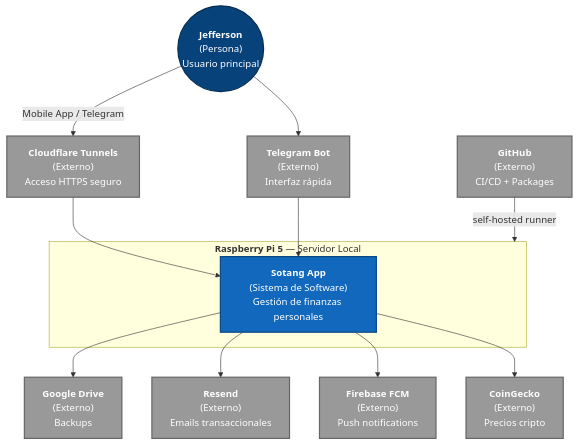
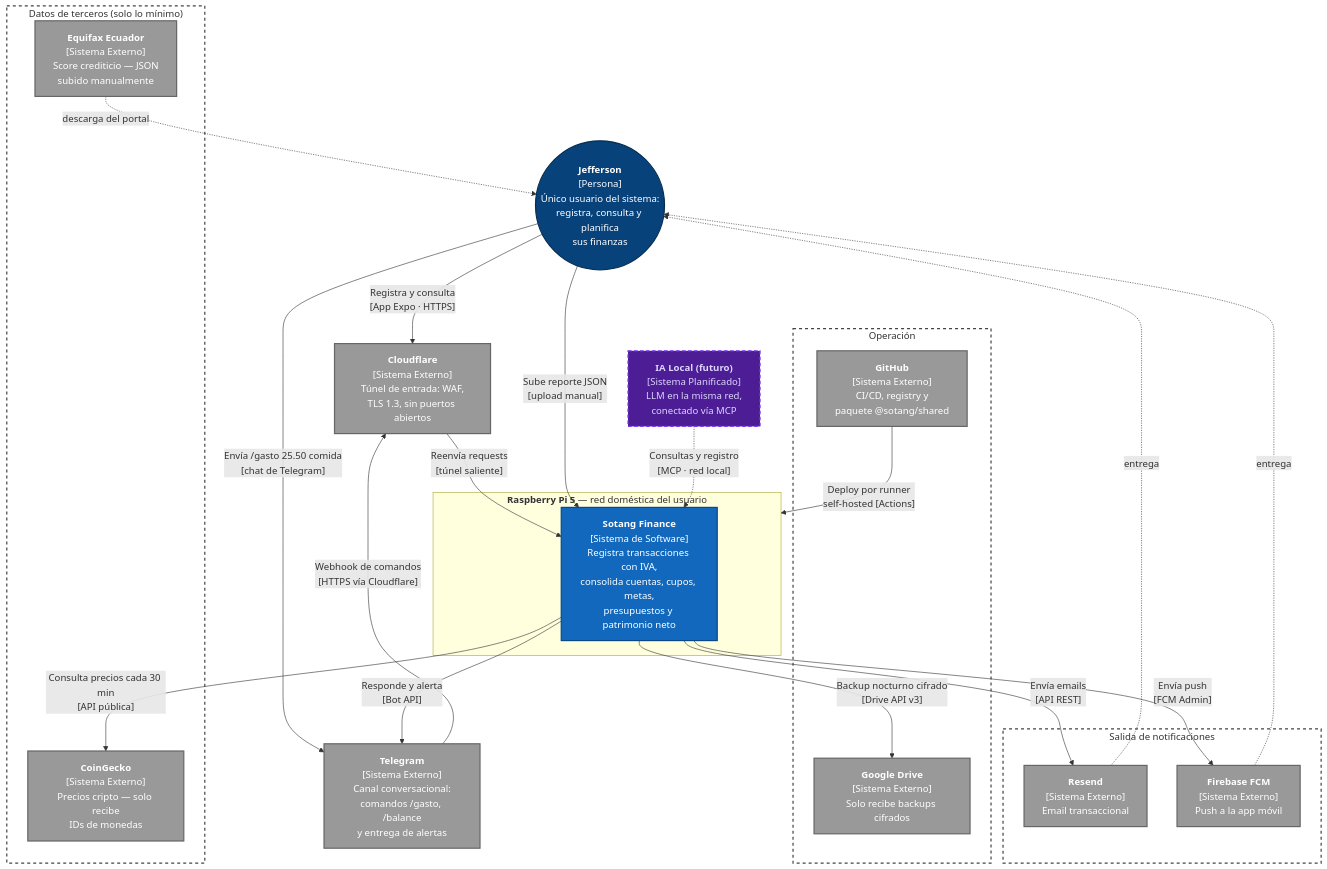
One commit to root-jeff/Sotang-Documentation changed the first of 5 diagrams in arquitectura/overview.md. Above: the diagram before and after it, drawn with Mermaid. The commit also changed other lines of this file and 1 other file, not shown here.

````diff
--- a/arquitectura/overview.md
+++ b/arquitectura/overview.md
@@ -7,32 +7,54 @@
 ```mermaid
 graph TD
     classDef person fill:#08427b,stroke:#052e51,color:#ffffff,stroke-width:2px
     classDef system fill:#1168bd,stroke:#0b4884,color:#ffffff,stroke-width:2px
     classDef external fill:#999999,stroke:#666666,color:#ffffff,stroke-width:2px
+    classDef future fill:#4c1d95,stroke:#7c3aed,color:#ddd6fe,stroke-width:2px,stroke-dasharray: 6 4
     classDef boundary fill:none,stroke:#444444,stroke-width:2px,stroke-dasharray: 5 5
 
-    jeff(("<b>Jefferson</b><br/>(Persona)<br/>Usuario principal")):::person
+    jeff(("<b>Jefferson</b><br/>[Persona]<br/>Único usuario del sistema:<br/>registra, consulta y planifica<br/>sus finanzas")):::person
 
-    subgraph RASPI ["<b>Raspberry Pi 5</b> — Servidor Local"]
-        sotang["<b>Sotang App</b><br/>(Sistema de Software)<br/>Gestión de finanzas personales"]:::system
+    cf["<b>Cloudflare</b><br/>[Sistema Externo]<br/>Túnel de entrada: WAF,<br/>TLS 1.3, sin puertos abiertos"]:::external
+    tg["<b>Telegram</b><br/>[Sistema Externo]<br/>Canal conversacional:<br/>comandos /gasto, /balance<br/>y entrega de alertas"]:::external
+
+    subgraph RASPI ["<b>Raspberry Pi 5</b> — red doméstica del usuario"]
+        sotang["<b>Sotang Finance</b><br/>[Sistema de Software]<br/>Registra transacciones con IVA,<br/>consolida cuentas, cupos, metas,<br/>presupuestos y patrimonio neto"]:::system
     end
     class RASPI boundary
 
-    cf["<b>Cloudflare Tunnels</b><br/>(Externo)<br/>Acceso HTTPS seguro"]:::external
-    telegram["<b>Telegram Bot</b><br/>(Externo)<br/>Interfaz rápida"]:::external
-    gdrive["<b>Google Drive</b><br/>(Externo)<br/>Backups"]:::external
-    resend["<b>Resend</b><br/>(Externo)<br/>Emails transaccionales"]:::external
-    firebase["<b>Firebase FCM</b><br/>(Externo)<br/>Push notifications"]:::external
-    coingecko["<b>CoinGecko</b><br/>(Externo)<br/>Precios cripto"]:::external
-    github["<b>GitHub</b><br/>(Externo)<br/>CI/CD + Packages"]:::external
+    subgraph NOTIF ["Salida de notificaciones"]
+        resend["<b>Resend</b><br/>[Sistema Externo]<br/>Email transaccional"]:::external
+        fcm["<b>Firebase FCM</b><br/>[Sistema Externo]<br/>Push a la app móvil"]:::external
+    end
+    class NOTIF boundary
 
-    jeff -->|"Mobile App / Telegram"| cf
-    cf --> sotang
-    jeff --> telegram
-    telegram --> sotang
-    sotang --> gdrive
-    sotang --> resend
-    sotang --> firebase
-    sotang --> coingecko
-    github -->|"self-hosted runner"| RASPI
+    subgraph DATA ["Datos de terceros (solo lo mínimo)"]
+        gecko["<b>CoinGecko</b><br/>[Sistema Externo]<br/>Precios cripto — solo recibe<br/>IDs de monedas"]:::external
+        equifax["<b>Equifax Ecuador</b><br/>[Sistema Externo]<br/>Score crediticio — JSON<br/>subido manualmente"]:::external
+    end
+    class DATA boundary
+
+    subgraph OPS ["Operación"]
+        gdrive["<b>Google Drive</b><br/>[Sistema Externo]<br/>Solo recibe backups cifrados"]:::external
+        github["<b>GitHub</b><br/>[Sistema Externo]<br/>CI/CD, registry y<br/>paquete @sotang/shared"]:::external
+    end
+    class OPS boundary
+
+    ia["<b>IA Local (futuro)</b><br/>[Sistema Planificado]<br/>LLM en la misma red,<br/>conectado vía MCP"]:::future
+
+    jeff -->|"Registra y consulta<br/>[App Expo · HTTPS]"| cf
+    jeff -->|"Envía /gasto 25.50 comida<br/>[chat de Telegram]"| tg
+    cf -->|"Reenvía requests<br/>[túnel saliente]"| sotang
+    tg -->|"Webhook de comandos<br/>[HTTPS vía Cloudflare]"| cf
+    sotang -->|"Responde y alerta<br/>[Bot API]"| tg
+    sotang -->|"Envía emails<br/>[API REST]"| resend
+    sotang -->|"Envía push<br/>[FCM Admin]"| fcm
+    resend -.->|entrega| jeff
+    fcm -.->|entrega| jeff
+    sotang -->|"Consulta precios cada 30 min<br/>[API pública]"| gecko
+    jeff -->|"Sube reporte JSON<br/>[upload manual]"| sotang
+    equifax -.->|"descarga del portal"| jeff
+    sotang -->|"Backup nocturno cifrado<br/>[Drive API v3]"| gdrive
+    github -->|"Deploy por runner<br/>self-hosted [Actions]"| RASPI
+    ia -.->|"Consultas y registro<br/>[MCP · red local]"| sotang
 ```
````
